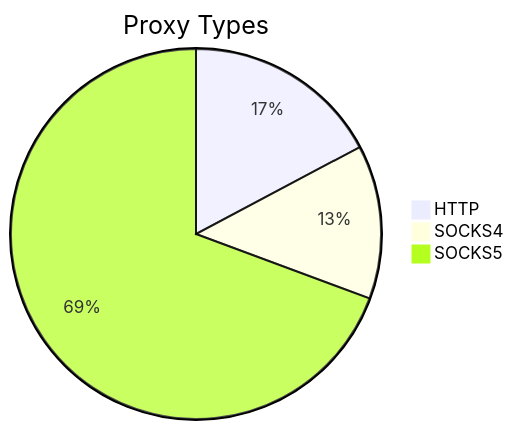
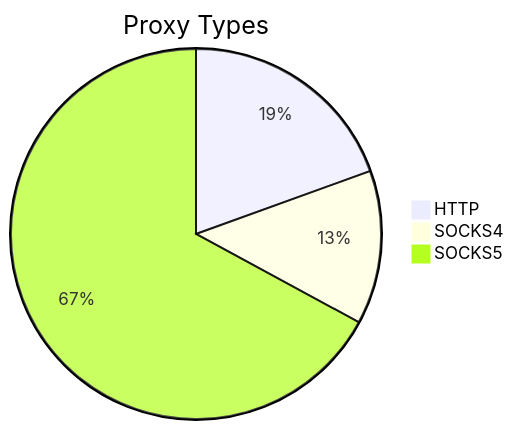
The first of 2 diagrams in README.md (stormsia/proxy-list), drawn with Mermaid before and after one commit. The commit also changed other lines of this file, not shown here.

````diff
--- a/README.md
+++ b/README.md
@@ -21,6 +21,6 @@
 ```mermaid
 pie title Proxy Types
-    "HTTP" : 86
-    "SOCKS4" : 67
-    "SOCKS5" : 346
+    "HTTP" : 45
+    "SOCKS4" : 31
+    "SOCKS5" : 155
 ```
````
